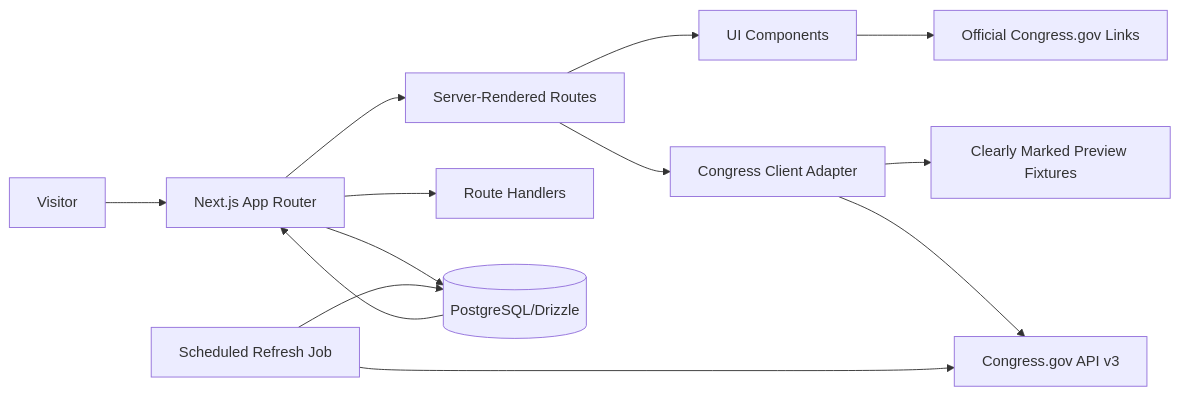
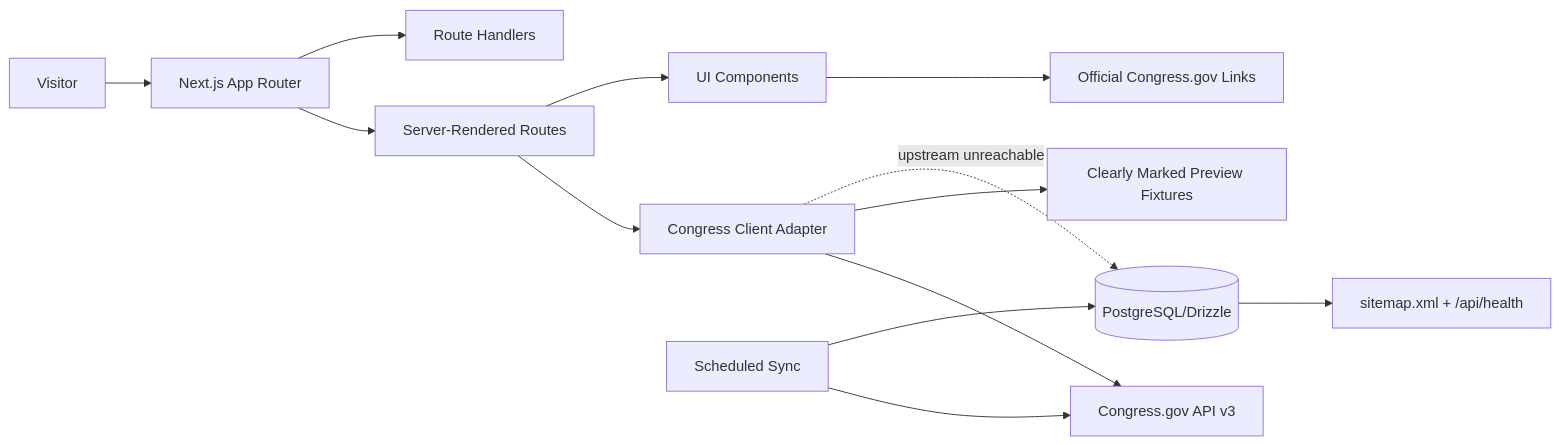
Before and after one commit to ehharding/civic-ledger: the diagram in docs/architecture.md, drawn with Mermaid. The commit also changed other lines of this file and 47 other files, not shown here.

````diff
--- a/docs/architecture.md
+++ b/docs/architecture.md
@@ -24,15 +24,15 @@
 ```mermaid
 flowchart LR
     V[Visitor] --> N[Next.js App Router]
     N --> P[Server-Rendered Routes]
     N --> R[Route Handlers]
     P --> C[Congress Client Adapter]
     C --> A[Congress.gov API v3]
     C --> F[Clearly Marked Preview Fixtures]
     P --> U[UI Components]
     U --> O[Official Congress.gov Links]
-    N --> D[(PostgreSQL/Drizzle)]
-    J[Scheduled Refresh Job] --> A
+    C -.->|upstream unreachable| D[(PostgreSQL/Drizzle)]
+    J[Scheduled Sync] --> A
     J --> D
-    D --> N
+    D --> S[sitemap.xml + /api/health]
 ```
````
